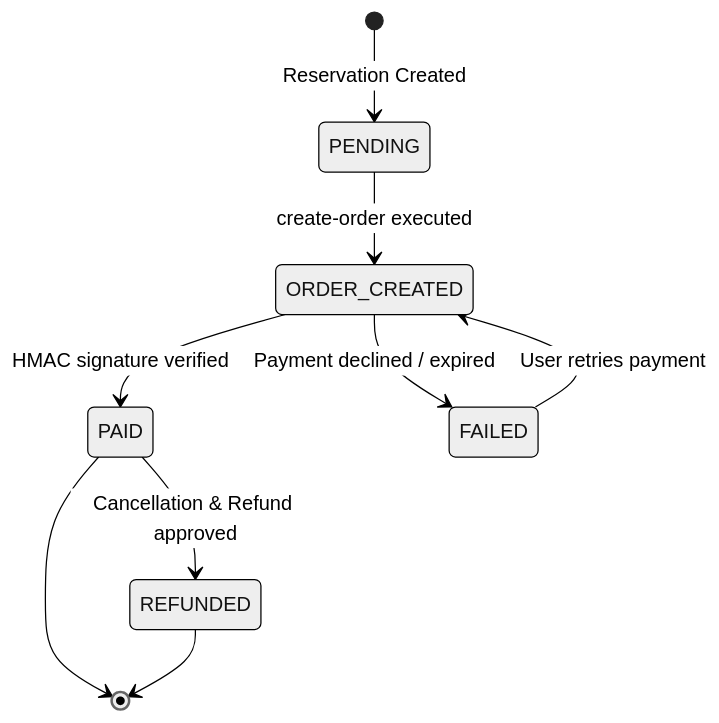
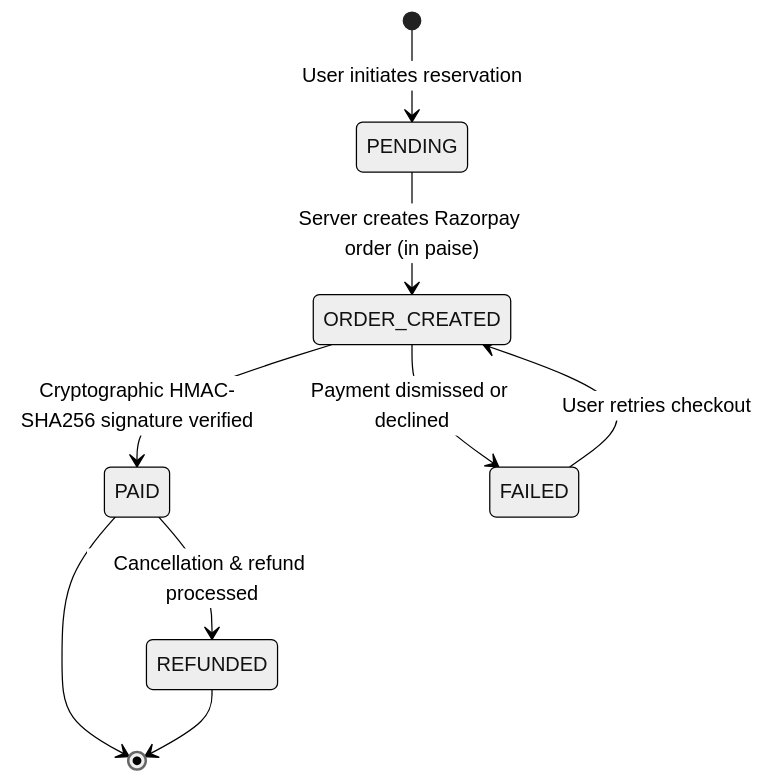
One commit to priyanshu130018/Namma-Connect changed the second of 2 diagrams in README.md. Above: the diagram before and after it, drawn with Mermaid (neutral theme). The commit also changed other lines of this file and 5 other files, not shown here.

````diff
--- a/README.md
+++ b/README.md
@@ -356,11 +321,11 @@
 ```mermaid
 stateDiagram-v2
-    [*] --> PENDING: Reservation Created
-    PENDING --> ORDER_CREATED: create-order executed
-    ORDER_CREATED --> PAID: HMAC signature verified
-    ORDER_CREATED --> FAILED: Payment declined / expired
-    PAID --> REFUNDED: Cancellation & Refund approved
-    FAILED --> ORDER_CREATED: User retries payment
+    [*] --> PENDING: User initiates reservation
+    PENDING --> ORDER_CREATED: Server creates Razorpay order (in paise)
+    ORDER_CREATED --> PAID: Cryptographic HMAC-SHA256 signature verified
+    ORDER_CREATED --> FAILED: Payment dismissed or declined
+    PAID --> REFUNDED: Cancellation & refund processed
+    FAILED --> ORDER_CREATED: User retries checkout
     PAID --> [*]
     REFUNDED --> [*]
 ```
````
